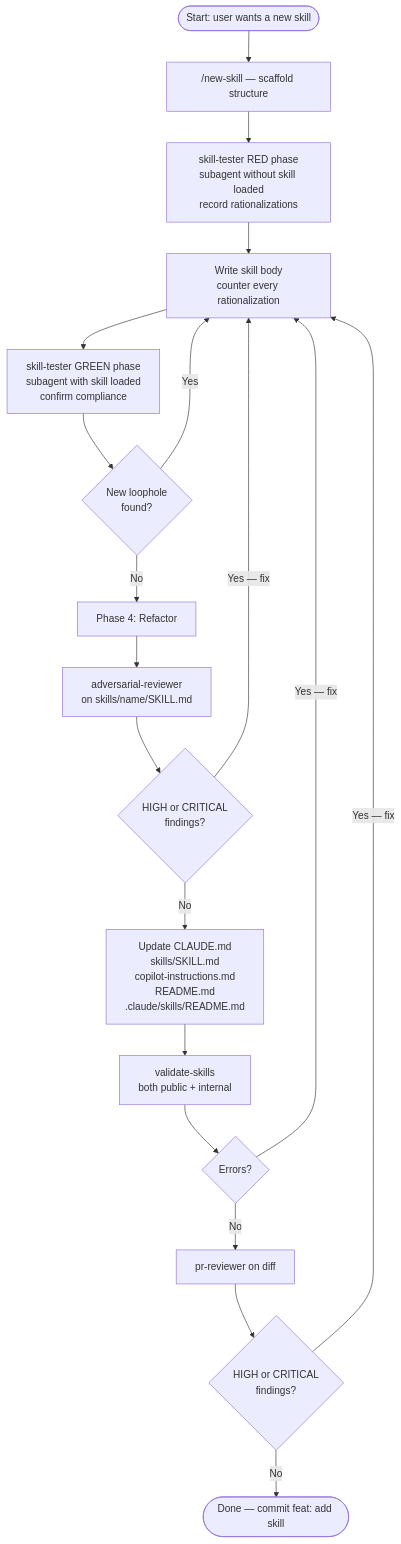
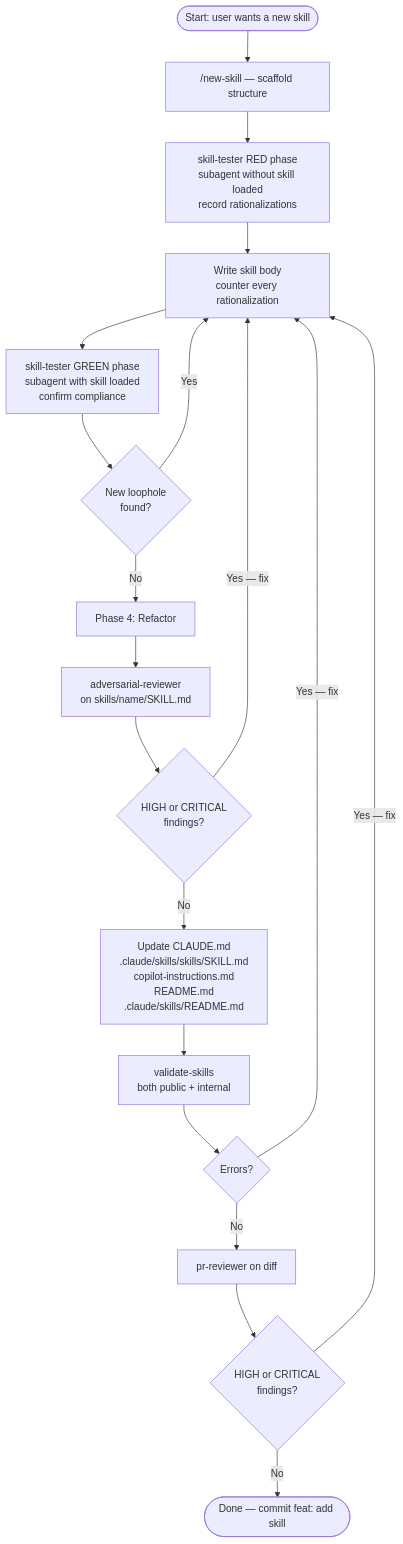
The second of 6 diagrams in .claude/skills/README.md (ivuorinen/skills), drawn with Mermaid before and after one commit. The commit also changed other lines of this file and 2 other files, not shown here.

````diff
--- a/.claude/skills/README.md
+++ b/.claude/skills/README.md
@@ -124,21 +124,21 @@
 ```mermaid
 flowchart TD
     A([Start: user wants a new skill]) --> B["/new-skill — scaffold structure"]
     B --> C[skill-tester RED phase\nsubagent without skill loaded\nrecord rationalizations]
     C --> D[Write skill body\ncounter every rationalization]
     D --> E[skill-tester GREEN phase\nsubagent with skill loaded\nconfirm compliance]
     E --> F{New loophole\nfound?}
     F -->|Yes| D
     F -->|No| REFACTOR[Phase 4: Refactor]
     REFACTOR --> G[adversarial-reviewer\non skills/name/SKILL.md]
     G --> H{HIGH or CRITICAL\nfindings?}
     H -->|Yes — fix| D
-    H -->|No| I[Update CLAUDE.md\nskills/SKILL.md\ncopilot-instructions.md\nREADME.md\n.claude/skills/README.md]
+    H -->|No| I[Update CLAUDE.md\n.claude/skills/skills/SKILL.md\ncopilot-instructions.md\nREADME.md\n.claude/skills/README.md]
     I --> J[validate-skills\nboth public + internal]
     J --> K{Errors?}
     K -->|Yes — fix| D
     K -->|No| L[pr-reviewer on diff]
     L --> M{HIGH or CRITICAL\nfindings?}
     M -->|Yes — fix| D
     M -->|No| N([Done — commit feat: add skill])
 ```
````
